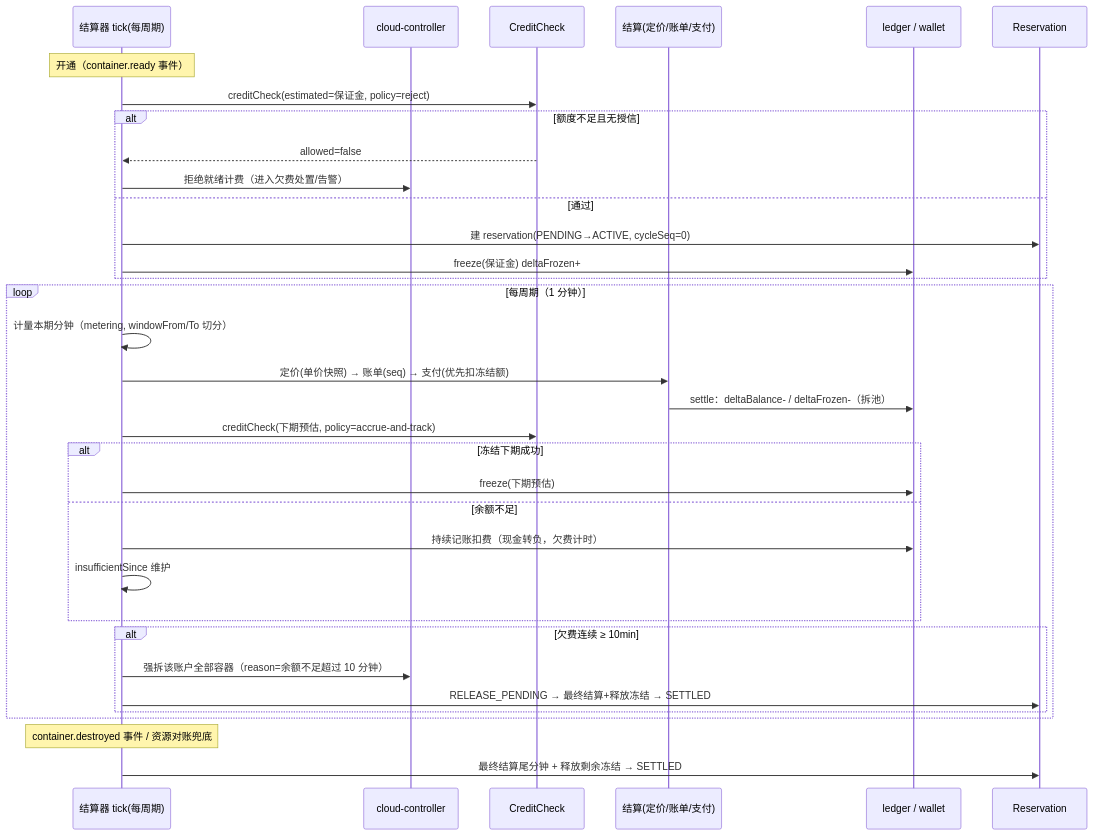
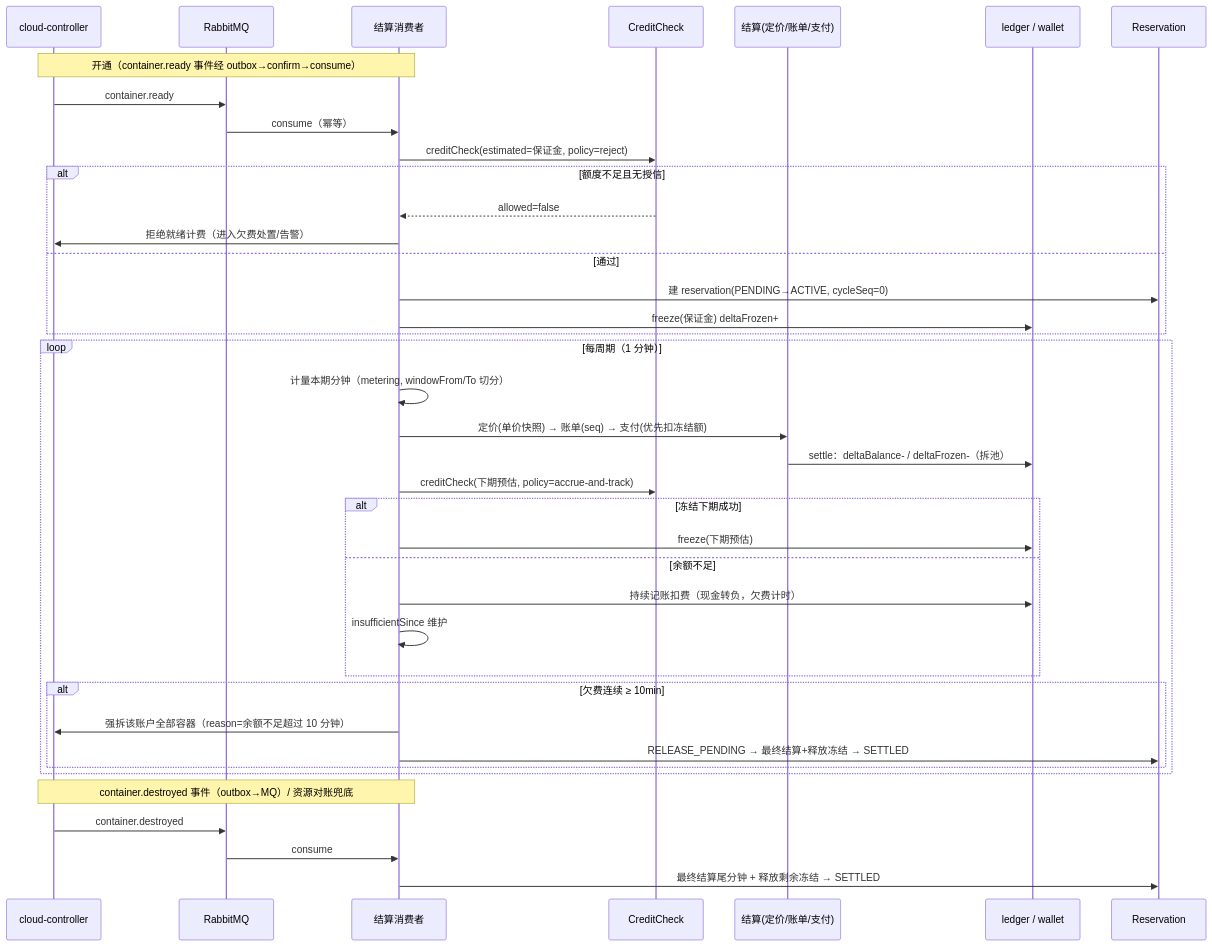
Before and after one commit to Deliay/z-agent-gear: the seventh of 8 diagrams in docs/engineering/proposals/20261018-feat-credits-billing.md, drawn with Mermaid. The commit also changed other lines of this file and 1 other file, not shown here.

Commit message:
docs(billing): 引入 RabbitMQ 事件骨干（outbox+confirm+DLQ 可靠投递，结算消息化）— PRD/提案 v2.1

````diff
--- a/docs/engineering/proposals/20261018-feat-credits-billing.md
+++ b/docs/engineering/proposals/20261018-feat-credits-billing.md
@@ -585,37 +625,42 @@
 ```mermaid
 sequenceDiagram
-    participant TK as 结算器 tick(每周期)
     participant CC as cloud-controller
+    participant MQ as RabbitMQ
+    participant TK as 结算消费者
     participant CK as CreditCheck
     participant ST as 结算(定价/账单/支付)
     participant LG as ledger / wallet
     participant RS as Reservation
 
-    Note over TK: 开通（container.ready 事件）
+    Note over CC,TK: 开通（container.ready 事件经 outbox→confirm→consume）
+    CC->>MQ: container.ready
+    MQ->>TK: consume（幂等）
     TK->>CK: creditCheck(estimated=保证金, policy=reject)
     alt 额度不足且无授信
         CK-->>TK: allowed=false
         TK->>CC: 拒绝就绪计费（进入欠费处置/告警）
     else 通过
         TK->>RS: 建 reservation(PENDING→ACTIVE, cycleSeq=0)
         TK->>LG: freeze(保证金) deltaFrozen+
     end
     loop 每周期（1 分钟）
         TK->>TK: 计量本期分钟（metering, windowFrom/To 切分）
         TK->>ST: 定价(单价快照) → 账单(seq) → 支付(优先扣冻结额)
         ST->>LG: settle：deltaBalance- / deltaFrozen-（拆池）
         TK->>CK: creditCheck(下期预估, policy=accrue-and-track)
         alt 冻结下期成功
             TK->>LG: freeze(下期预估)
         else 余额不足
             TK->>LG: 持续记账扣费（现金转负，欠费计时）
             TK->>TK: insufficientSince 维护
         end
         alt 欠费连续 ≥ 10min
             TK->>CC: 强拆该账户全部容器（reason=余额不足超过 10 分钟）
             TK->>RS: RELEASE_PENDING → 最终结算+释放冻结 → SETTLED
         end
     end
-    Note over TK: container.destroyed 事件 / 资源对账兜底
+    Note over CC,TK: container.destroyed 事件（outbox→MQ）/ 资源对账兜底
+    CC->>MQ: container.destroyed
+    MQ->>TK: consume
     TK->>RS: 最终结算尾分钟 + 释放剩余冻结 → SETTLED
 ```
````
